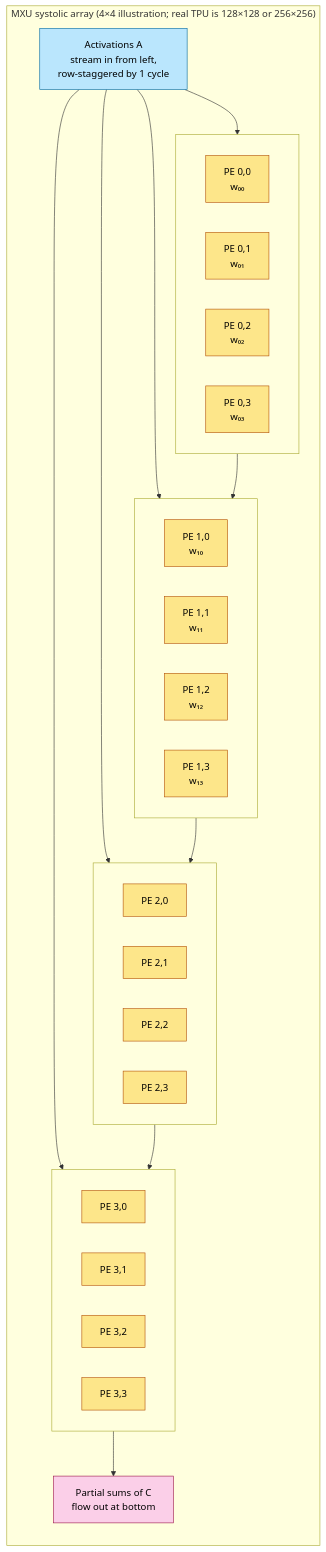
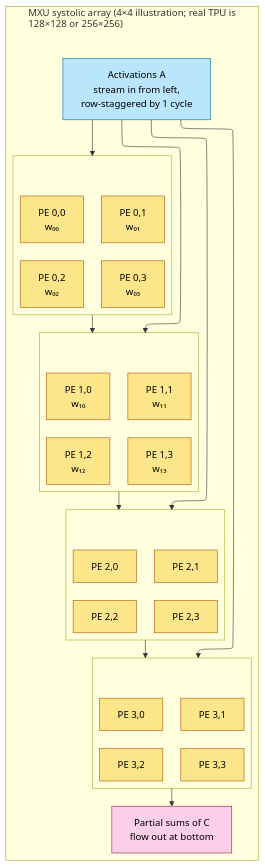
The second of 9 diagrams in ai_infra/L2_Digital_Design_for_AI/Systolic_Arrays_and_Dataflow.md (Wty2003328/ai_infra_intro), drawn with Mermaid before and after one commit. The commit also changed other lines of this file and 108 other files, not shown here.

````diff
--- a/ai_infra/L2_Digital_Design_for_AI/Systolic_Arrays_and_Dataflow.md
+++ b/ai_infra/L2_Digital_Design_for_AI/Systolic_Arrays_and_Dataflow.md
@@ -83,44 +84,45 @@
 ```mermaid
+%%{init: {"flowchart": {"defaultRenderer": "elk", "nodeSpacing": 60, "rankSpacing": 60, "htmlLabels": false}}}%%
 flowchart TB
-    subgraph MXU["MXU systolic array (4×4 illustration; real TPU is 128×128 or 256×256)"]
+    subgraph MXU["MXU systolic array (4×4 illustration; real TPU is<br/>128×128 or 256×256)"]
         direction TB
         subgraph ROW0[" "]
             direction LR
             PE00[PE 0,0<br/>w₀₀]:::pe
             PE01[PE 0,1<br/>w₀₁]:::pe
             PE02[PE 0,2<br/>w₀₂]:::pe
             PE03[PE 0,3<br/>w₀₃]:::pe
         end
         subgraph ROW1[" "]
             direction LR
             PE10[PE 1,0<br/>w₁₀]:::pe
             PE11[PE 1,1<br/>w₁₁]:::pe
             PE12[PE 1,2<br/>w₁₂]:::pe
             PE13[PE 1,3<br/>w₁₃]:::pe
         end
         subgraph ROW2[" "]
             direction LR
             PE20[PE 2,0]:::pe
             PE21[PE 2,1]:::pe
             PE22[PE 2,2]:::pe
             PE23[PE 2,3]:::pe
         end
         subgraph ROW3[" "]
             direction LR
             PE30[PE 3,0]:::pe
             PE31[PE 3,1]:::pe
             PE32[PE 3,2]:::pe
             PE33[PE 3,3]:::pe
         end
         AIN["Activations A<br/>stream in from left,<br/>row-staggered by 1 cycle"]:::ain
         COUT["Partial sums of C<br/>flow out at bottom"]:::cout
         AIN --> ROW0
         AIN --> ROW1
         AIN --> ROW2
         AIN --> ROW3
         ROW0 --> ROW1 --> ROW2 --> ROW3 --> COUT
     end
     classDef pe fill:#fde68a,stroke:#b45309,color:#000
     classDef ain fill:#bae6fd,stroke:#0369a1,color:#000
     classDef cout fill:#fbcfe8,stroke:#9d174d,color:#000
 ```
````
